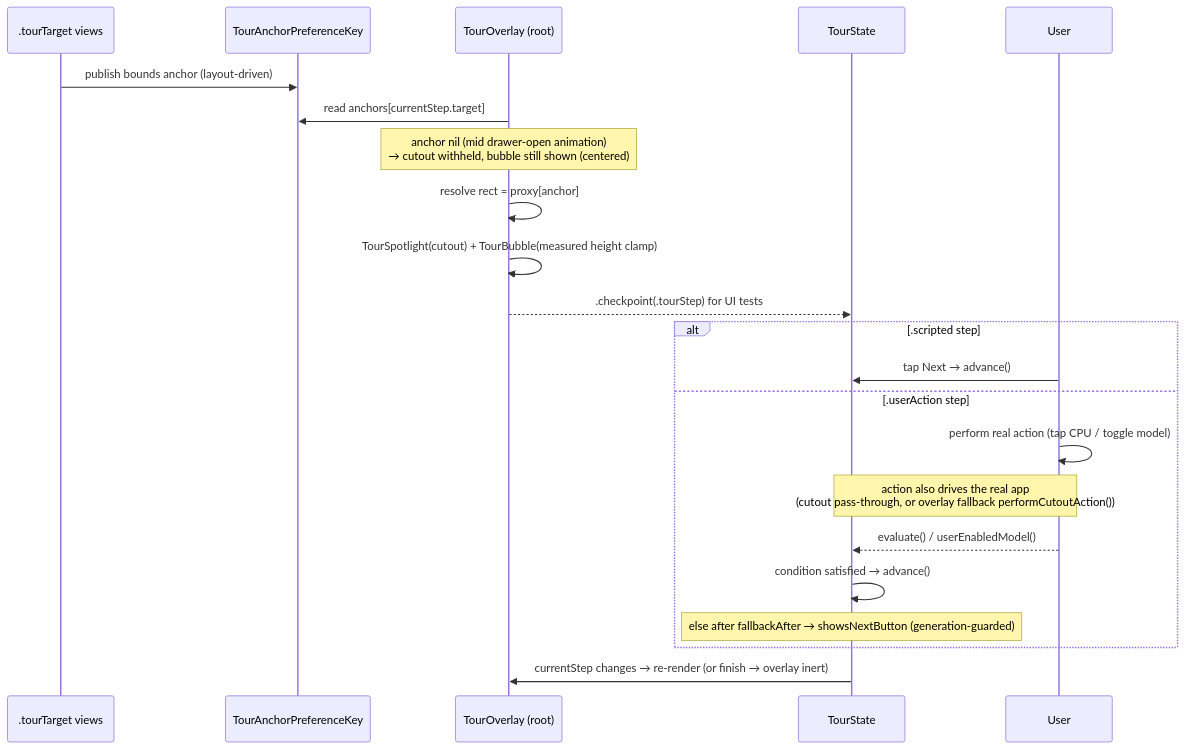
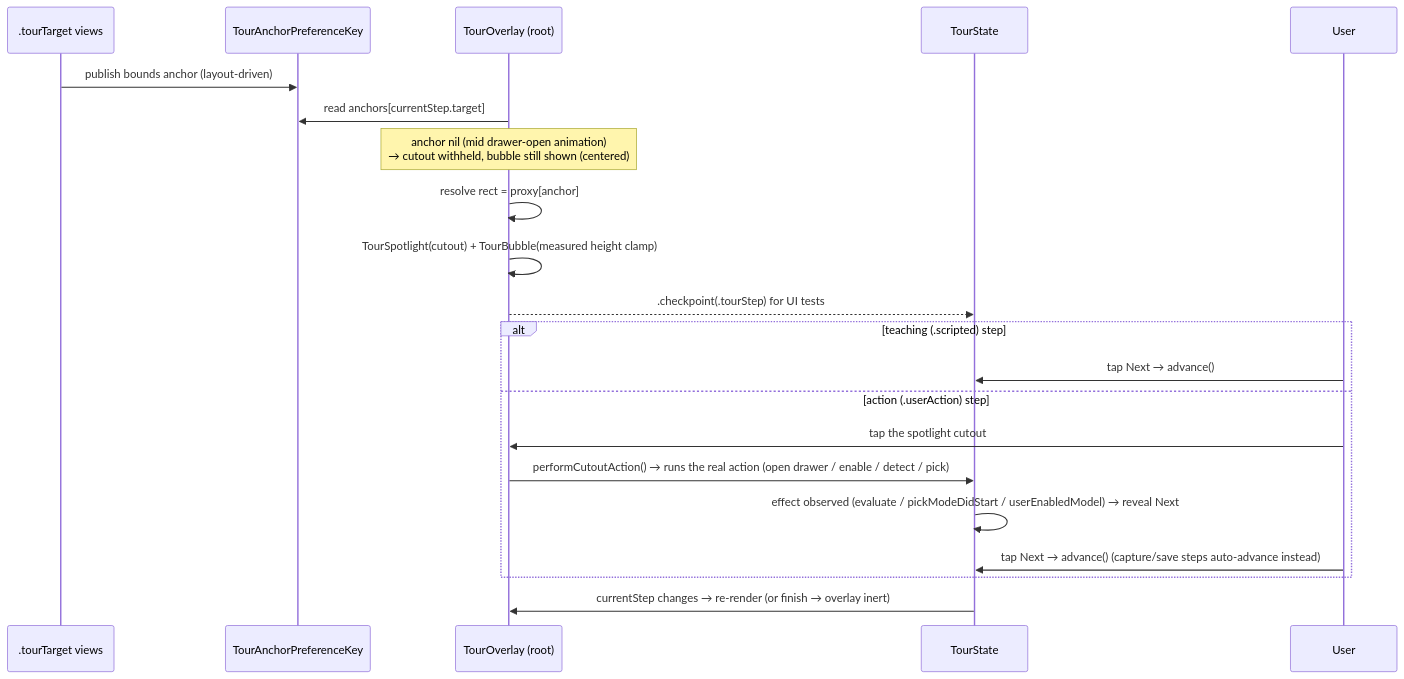
One commit to aiarcheology-com/aiarcheology changed the fourth of 4 diagrams in ios/MLBrowser/iOS/UI/Tour/ARCHITECTURE.md. Above: the diagram before and after it, drawn with Mermaid. The commit also changed other lines of this file and 6 other files, not shown here.

````diff
--- a/ios/MLBrowser/iOS/UI/Tour/ARCHITECTURE.md
+++ b/ios/MLBrowser/iOS/UI/Tour/ARCHITECTURE.md
@@ -108,26 +117,25 @@
 ```mermaid
 sequenceDiagram
     participant Tgt as .tourTarget views
     participant PK as TourAnchorPreferenceKey
     participant OVL as TourOverlay (root)
     participant TS as TourState
     participant U as User
 
     Tgt->>PK: publish bounds anchor (layout-driven)
     OVL->>PK: read anchors[currentStep.target]
     Note over OVL: anchor nil (mid drawer-open animation)<br/>→ cutout withheld, bubble still shown (centered)
     OVL->>OVL: resolve rect = proxy[anchor]
     OVL->>OVL: TourSpotlight(cutout) + TourBubble(measured height clamp)
     OVL-->>TS: .checkpoint(.tourStep) for UI tests
 
-    alt .scripted step
+    alt teaching (.scripted) step
         U->>TS: tap Next → advance()
-    else .userAction step
-        U->>U: perform real action (tap CPU / toggle model)
-        Note over U,TS: action also drives the real app<br/>(cutout pass-through, or overlay fallback performCutoutAction())
-        U-->>TS: evaluate() / userEnabledModel()
-        TS->>TS: condition satisfied → advance()
-        Note over TS: else after fallbackAfter → showsNextButton (generation-guarded)
+    else action (.userAction) step
+        U->>OVL: tap the spotlight cutout
+        OVL->>TS: performCutoutAction() → runs the real action (open drawer / enable / detect / pick)
+        TS->>TS: effect observed (evaluate / pickModeDidStart / userEnabledModel) → reveal Next
+        U->>TS: tap Next → advance()  (capture/save steps auto-advance instead)
     end
     TS->>OVL: currentStep changes → re-render (or finish → overlay inert)
 ```
````
